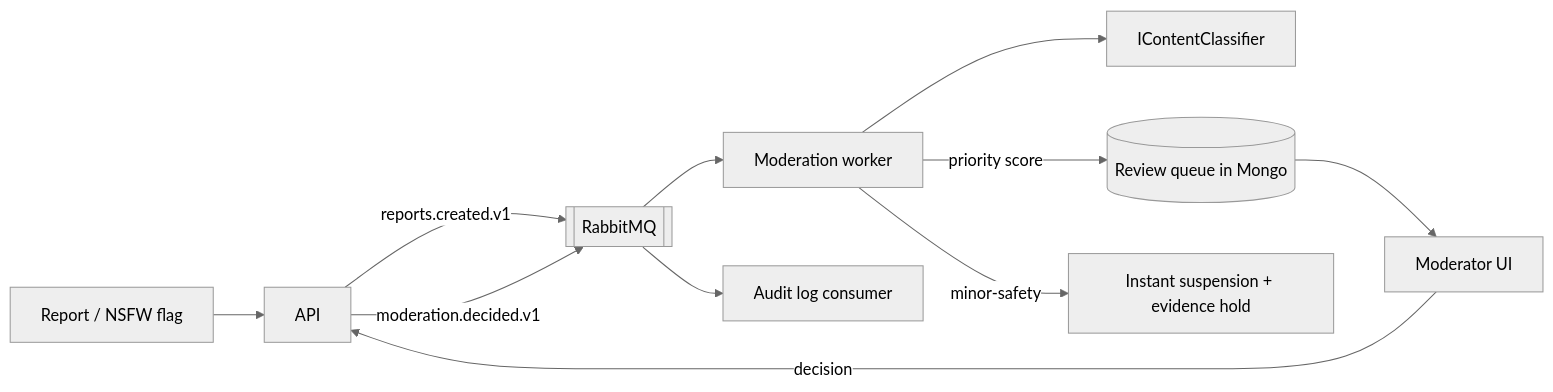
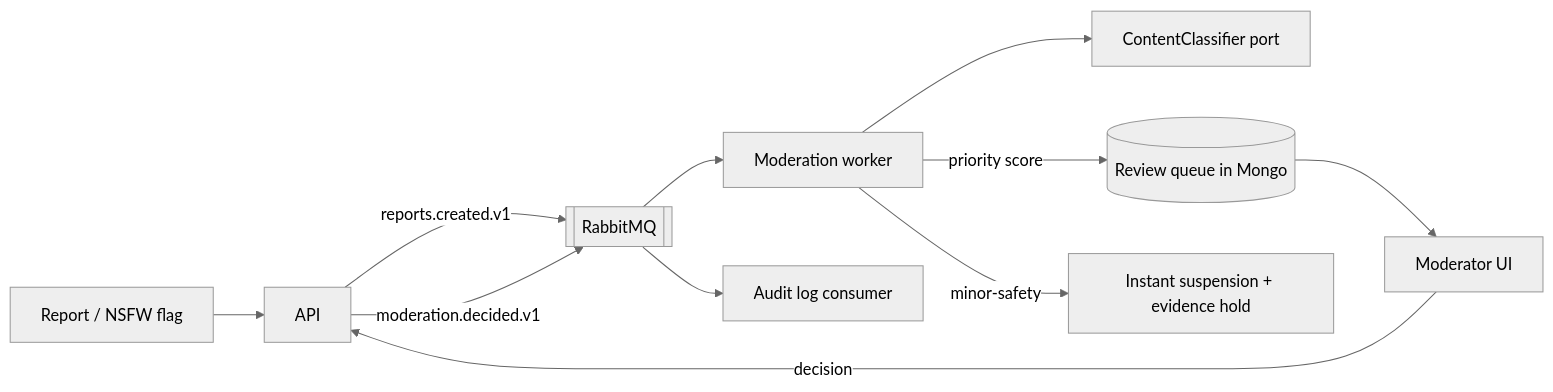
The sixth of 6 diagrams in docs/architecture.md (shahabwork001/parlay), drawn with Mermaid (neutral theme) before and after one commit. The commit also changed other lines of this file and 185 other files, not shown here.

````diff
--- a/docs/architecture.md
+++ b/docs/architecture.md
@@ -101,13 +113,13 @@
 ```mermaid
 flowchart LR
   R[Report / NSFW flag] --> API
   API -->|reports.created.v1| MQ[[RabbitMQ]]
   MQ --> W[Moderation worker]
-  W --> C[IContentClassifier]
+  W --> C[ContentClassifier port]
   W -->|priority score| Q[(Review queue in Mongo)]
   W -->|minor-safety| S[Instant suspension + evidence hold]
   Q --> M[Moderator UI]
   M -->|decision| API
   API -->|moderation.decided.v1| MQ
   MQ --> AUD[Audit log consumer]
 ```
````
